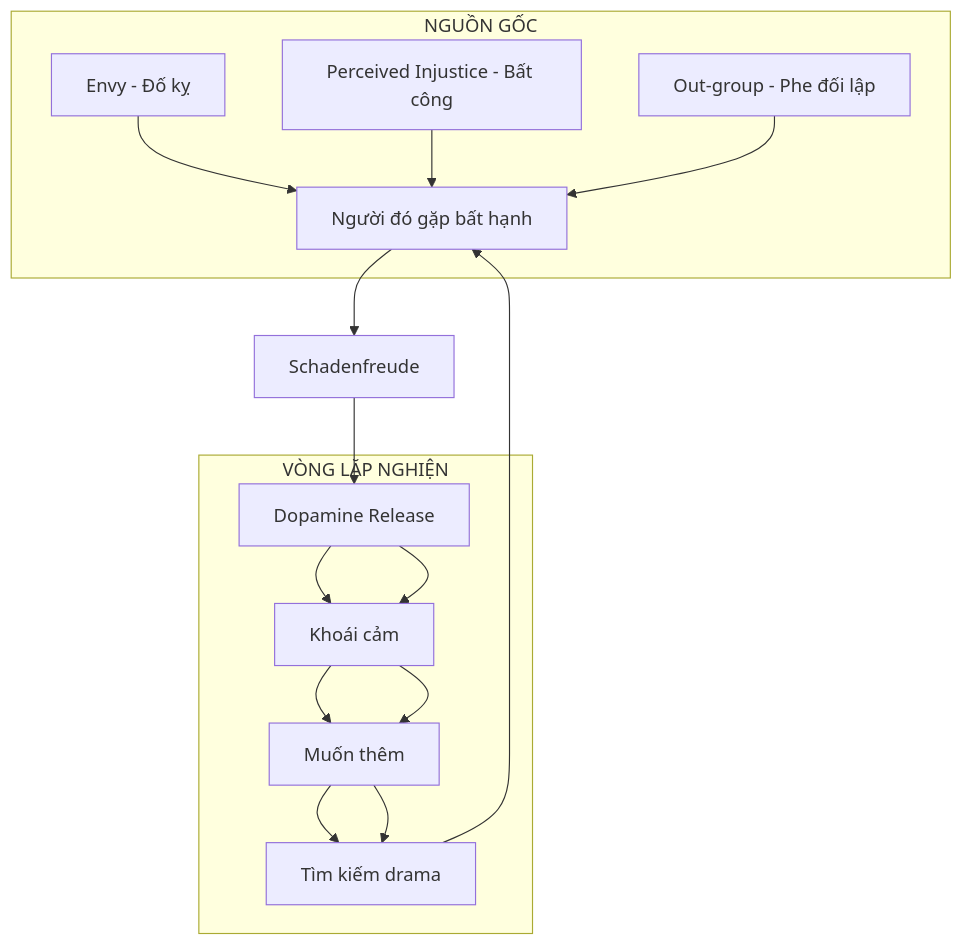
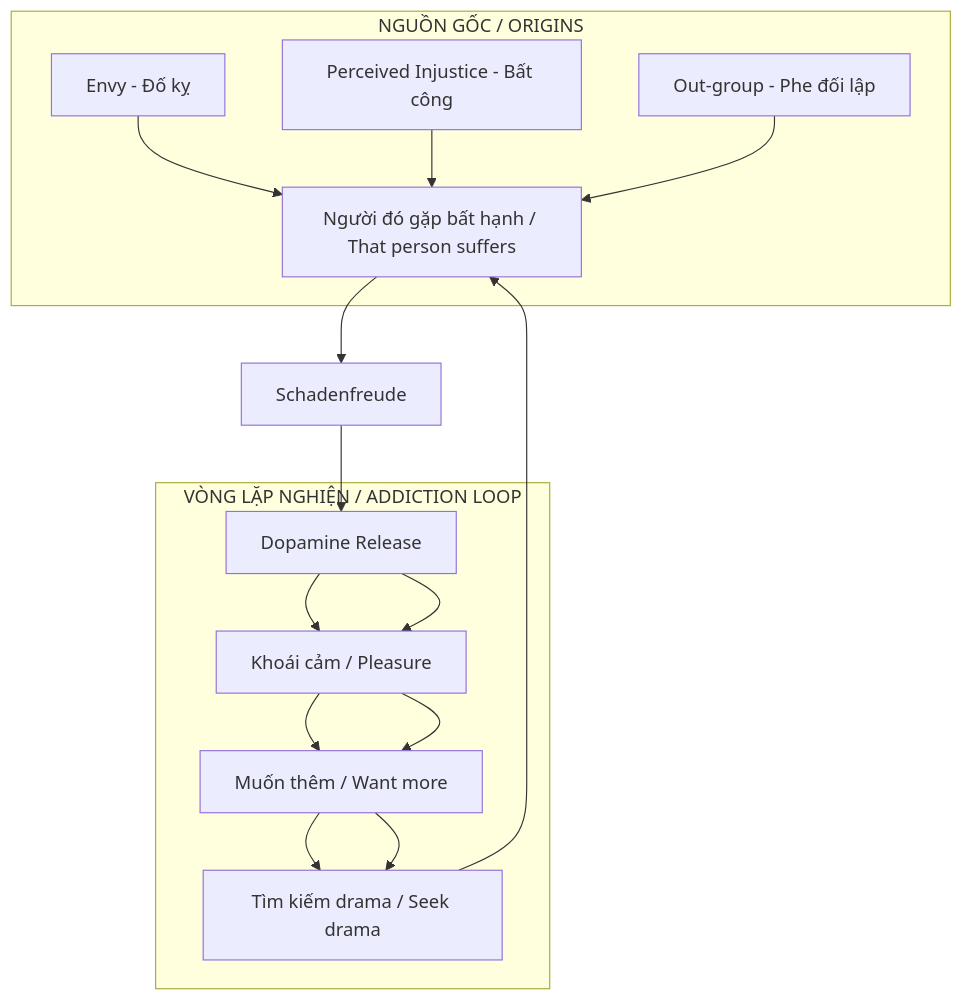
Before and after one commit to dyukahi/knowledge: the first of 5 diagrams in mental-models/Schadenfreude - Dopamine Phản Diện.md, drawn with Mermaid. The commit also changed other lines of this file and 3 other files, not shown here.

````diff
--- a/mental-models/Schadenfreude - Dopamine Phản Diện.md
+++ b/mental-models/Schadenfreude - Dopamine Phản Diện.md
@@ -17,19 +20,19 @@
 ```mermaid
 flowchart TD
-    subgraph "NGUỒN GỐC"
+    subgraph "NGUỒN GỐC / ORIGINS"
         A[Envy - Đố kỵ] --> D
         B[Perceived Injustice - Bất công] --> D
         C[Out-group - Phe đối lập] --> D
     end
     
-    D[Người đó gặp bất hạnh] --> E[Schadenfreude]
+    D[Người đó gặp bất hạnh / That person suffers] --> E[Schadenfreude]
     E --> F[Dopamine Release]
-    F --> G[Khoái cảm]
-    G --> H[Muốn thêm]
-    H --> I[Tìm kiếm drama]
+    F --> G[Khoái cảm / Pleasure]
+    G --> H[Muốn thêm / Want more]
+    H --> I[Tìm kiếm drama / Seek drama]
     I --> D
     
-    subgraph "VÒNG LẶP NGHIỆN"
+    subgraph "VÒNG LẶP NGHIỆN / ADDICTION LOOP"
         F --> G --> H --> I
     end
 ```
````
